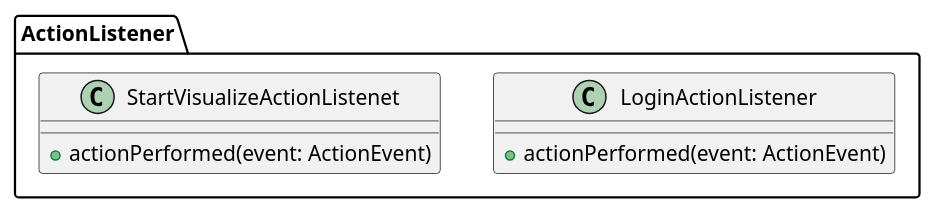
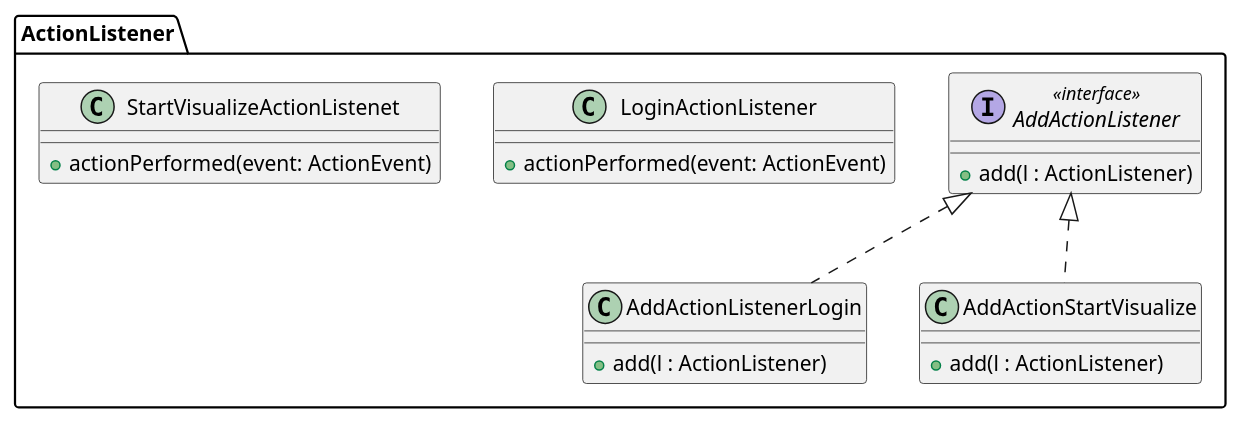
One commit to Raboro/Home-Visualizer changed the diagram in doc/Diagrams/class diagrams/ActionListener class diagram.md. Above: the diagram before and after it, drawn with PlantUML. The commit also changed 8 other files, not shown here.

Commit message:
rename interface & change actionL in diagram

````diff
--- a/doc/Diagrams/class diagrams/ActionListener class diagram.md
+++ b/doc/Diagrams/class diagrams/ActionListener class diagram.md
@@ -1,15 +1,30 @@
 ```plantuml
 @startuml
 
 namespace ActionListener {
+    class AddActionListenerLogin implements AddActionListener
+    class AddActionStartVisualize implements AddActionListener
+
+    interface AddActionListener <<interface>>{
+        + add(l : ActionListener)
+    }
+
+    class AddActionListenerLogin {
+        + add(l : ActionListener)
+    }
+
+    class AddActionStartVisualize {
+        + add(l : ActionListener)
+    }
+
     class LoginActionListener {
         + actionPerformed(event: ActionEvent)
     }
 
     class StartVisualizeActionListenet {
         + actionPerformed(event: ActionEvent)
     }
 }
 
 @enduml
 ```
````
